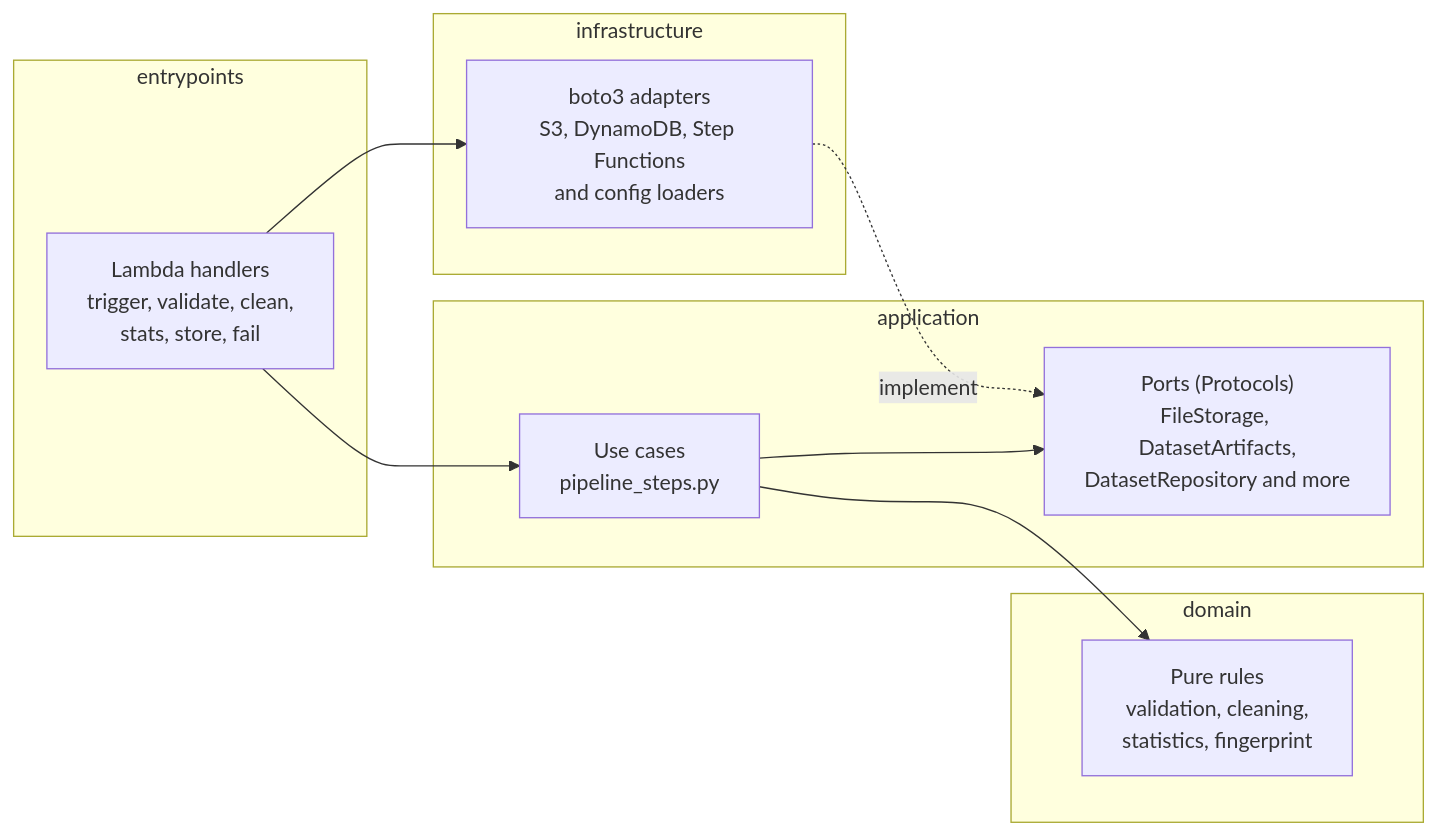
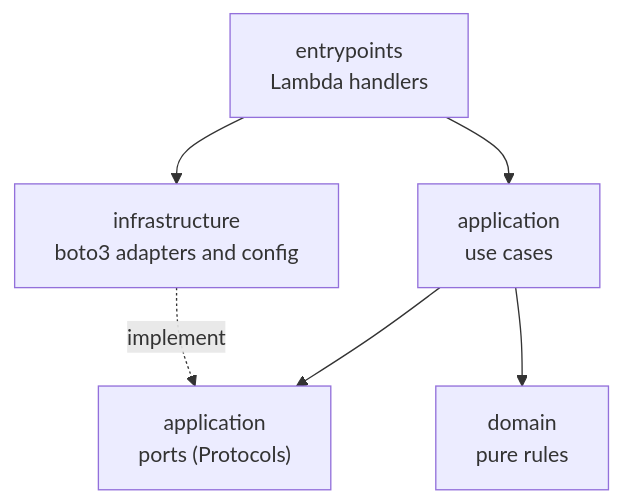
One commit to dhananjaya-hbc/gradeflow-serverless-pipeline changed the fourth of 4 diagrams in README.md. Above: the diagram before and after it, drawn with Mermaid. The commit also changed other lines of this file, not shown here.

Commit message:
docs: make architecture diagrams narrower so they stay readable

````diff
--- a/README.md
+++ b/README.md
@@ -189,21 +176,8 @@
 ```mermaid
-flowchart LR
-    subgraph entry ["entrypoints"]
-        handlers["Lambda handlers<br/>trigger, validate, clean,<br/>stats, store, fail"]
-    end
-    subgraph infra ["infrastructure"]
-        adapters["boto3 adapters<br/>S3, DynamoDB, Step Functions<br/>and config loaders"]
-    end
-    subgraph app ["application"]
-        usecases["Use cases<br/>pipeline_steps.py"]
-        ports["Ports (Protocols)<br/>FileStorage, DatasetArtifacts,<br/>DatasetRepository and more"]
-    end
-    subgraph dom ["domain"]
-        rules["Pure rules<br/>validation, cleaning,<br/>statistics, fingerprint"]
-    end
-    handlers --> usecases
-    handlers --> adapters
+flowchart TD
+    handlers["entrypoints<br/>Lambda handlers"] --> usecases["application<br/>use cases"]
+    handlers --> adapters["infrastructure<br/>boto3 adapters and config"]
+    usecases --> ports["application<br/>ports (Protocols)"]
+    usecases --> rules["domain<br/>pure rules"]
     adapters -.->|"implement"| ports
-    usecases --> ports
-    usecases --> rules
 ```
````
